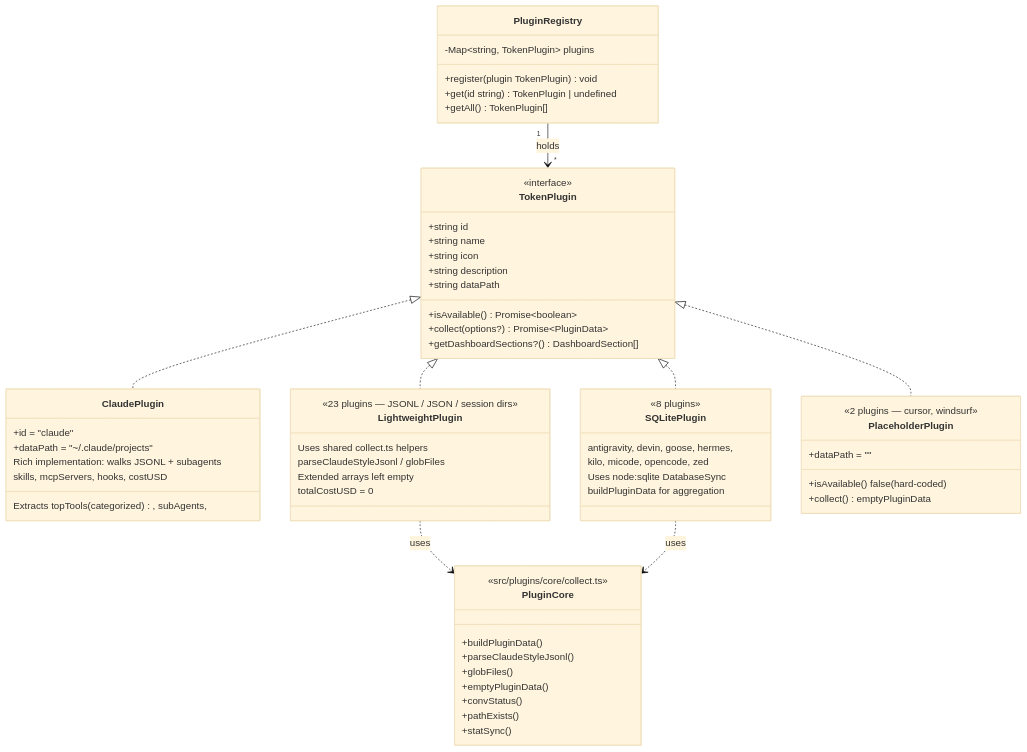
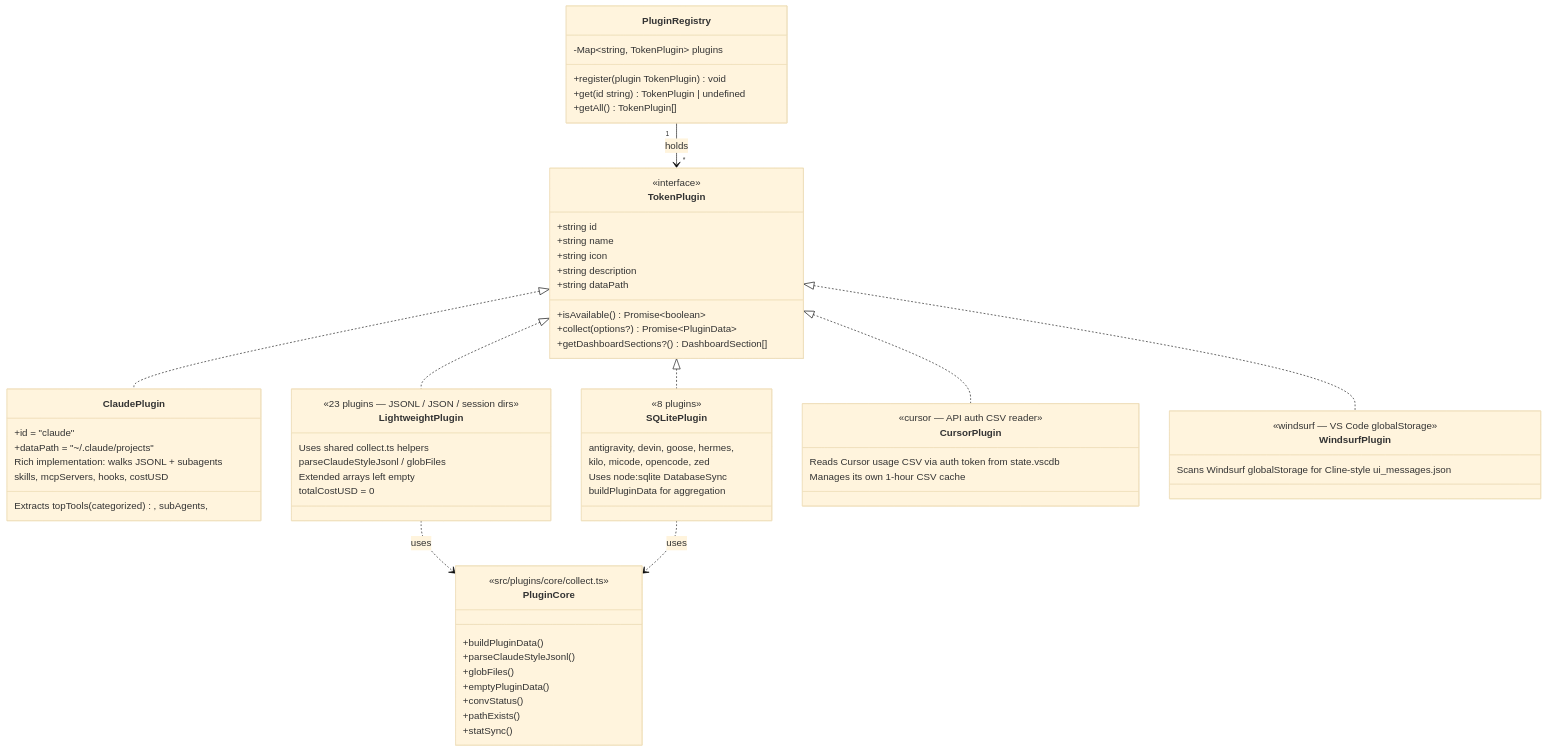
Before and after one commit to headlessengineer/aitokentracker: the fourth of 5 diagrams in docs/architecture.md, drawn with Mermaid (base theme). The commit also changed other lines of this file and 94 other files, not shown here.

````diff
--- a/docs/architecture.md
+++ b/docs/architecture.md
@@ -224,71 +224,75 @@
 ```mermaid
 classDiagram
     class TokenPlugin {
         <<interface>>
         +string id
         +string name
         +string icon
         +string description
         +string dataPath
         +isAvailable() Promise~boolean~
         +collect(options?) Promise~PluginData~
         +getDashboardSections?() DashboardSection[]
     }
 
     class PluginRegistry {
         -Map~string, TokenPlugin~ plugins
         +register(plugin TokenPlugin) void
         +get(id string) TokenPlugin | undefined
         +getAll() TokenPlugin[]
     }
 
     class ClaudePlugin {
         +id = "claude"
         +dataPath = "~/.claude/projects"
         Rich implementation: walks JSONL + subagents
         Extracts topTools (categorized), subAgents,
         skills, mcpServers, hooks, costUSD
     }
 
     class LightweightPlugin {
         <<23 plugins — JSONL / JSON / session dirs>>
         Uses shared collect.ts helpers
         parseClaudeStyleJsonl / globFiles
         Extended arrays left empty
         totalCostUSD = 0
     }
 
     class SQLitePlugin {
         <<8 plugins>>
         antigravity, devin, goose, hermes,
         kilo, micode, opencode, zed
         Uses node:sqlite DatabaseSync
         buildPluginData for aggregation
     }
 
-    class PlaceholderPlugin {
-        <<2 plugins — cursor, windsurf>>
-        +isAvailable() false (hard-coded)
-        +dataPath = ""
-        +collect() emptyPluginData
+    class CursorPlugin {
+        <<cursor — API auth CSV reader>>
+        Reads Cursor usage CSV via auth token from state.vscdb
+        Manages its own 1-hour CSV cache
+    }
+    class WindsurfPlugin {
+        <<windsurf — VS Code globalStorage>>
+        Scans Windsurf globalStorage for Cline-style ui_messages.json
     }
 
     class PluginCore {
         <<src/plugins/core/collect.ts>>
         +buildPluginData()
         +parseClaudeStyleJsonl()
         +globFiles()
         +emptyPluginData()
         +convStatus()
         +pathExists()
         +statSync()
     }
 
     TokenPlugin <|.. ClaudePlugin
     TokenPlugin <|.. LightweightPlugin
     TokenPlugin <|.. SQLitePlugin
-    TokenPlugin <|.. PlaceholderPlugin
+    TokenPlugin <|.. CursorPlugin
+    TokenPlugin <|.. WindsurfPlugin
     LightweightPlugin ..> PluginCore : uses
     SQLitePlugin ..> PluginCore : uses
     PluginRegistry "1" --> "*" TokenPlugin : holds
 ```
````
